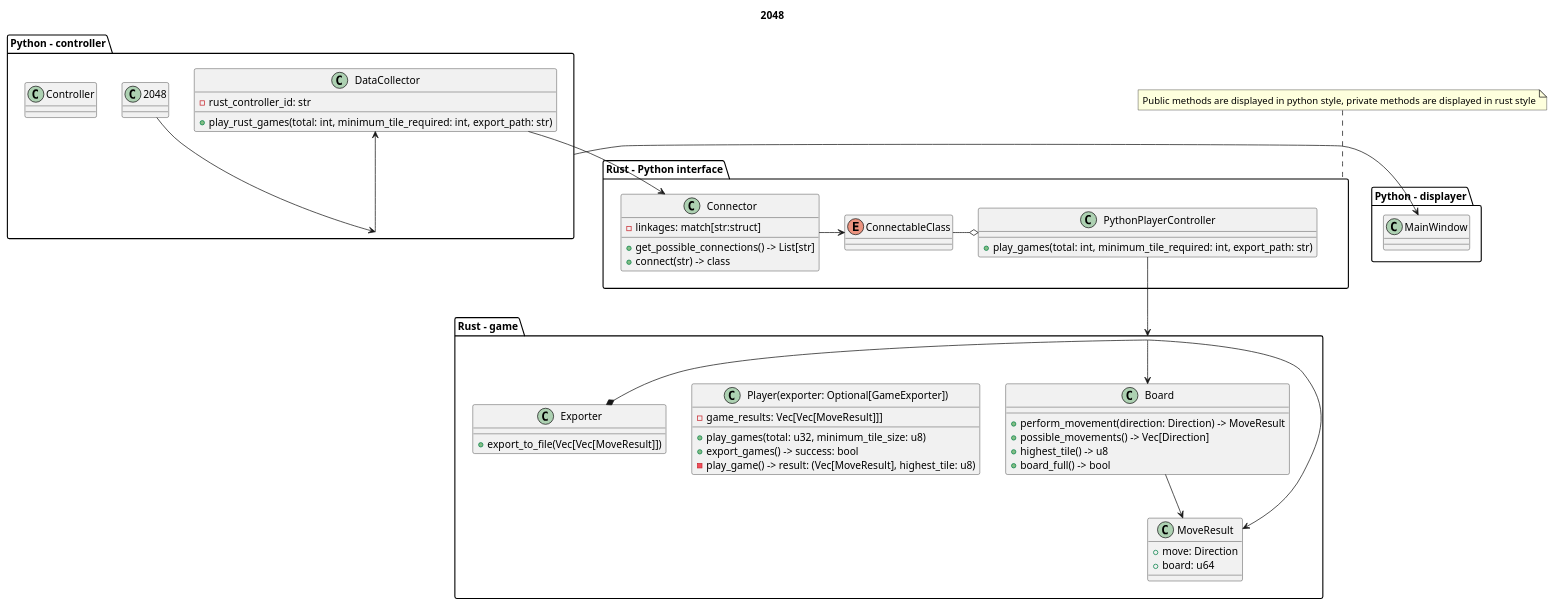
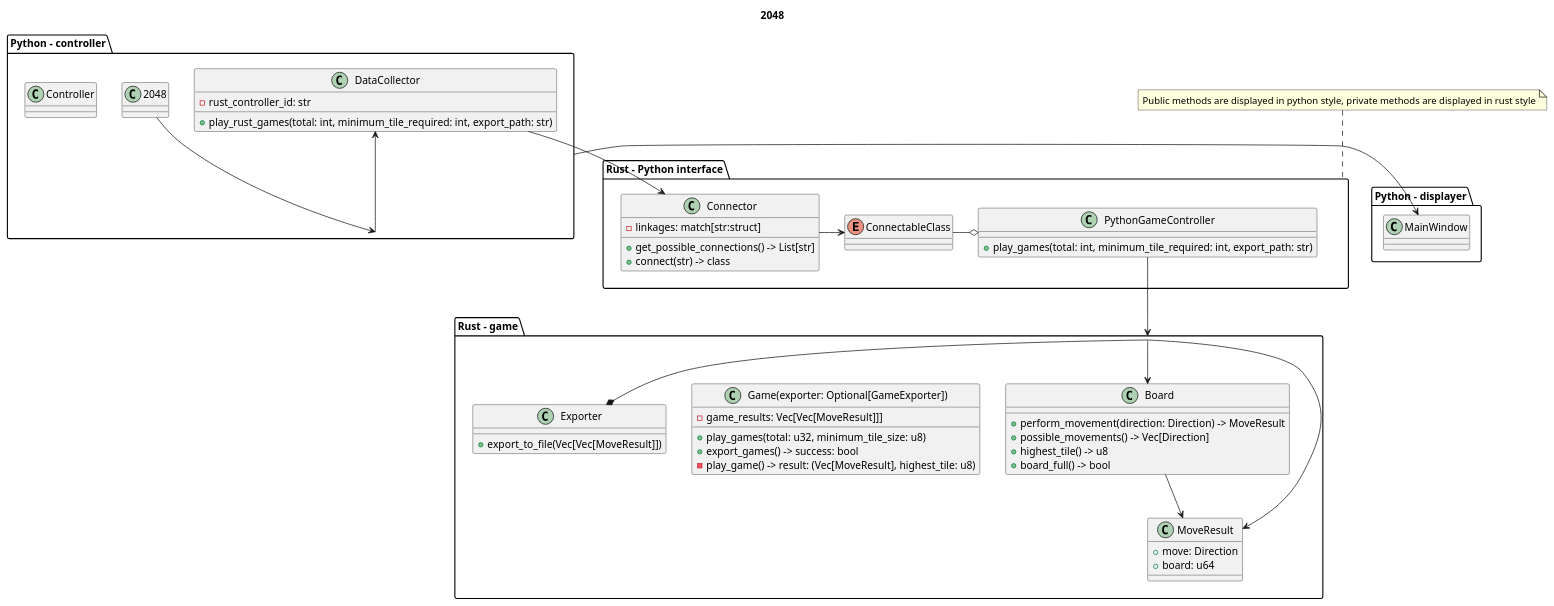
One commit to LuukHenk/2048-Solver changed the diagram in docs/design.puml. Above: the diagram before and after it, drawn with PlantUML. The commit also changed 1 other file, not shown here.

```diff
--- a/docs/design.puml
+++ b/docs/design.puml
@@ -1,80 +1,80 @@
 @startuml 2048
 
 title 2048
 
 package rust_game as "Rust - game" {
 
     class rust_move_result as "MoveResult" {
         + move: Direction
         + board: u64
     }
-    class rust_game as "Player(exporter: Optional[GameExporter])" {
+    class rust_game as "Game(exporter: Optional[GameExporter])" {
         + play_games(total: u32, minimum_tile_size: u8)
         + export_games() -> success: bool
         - play_game() -> result: (Vec[MoveResult], highest_tile: u8)
         - game_results: Vec[Vec[MoveResult]]]
     }
     class rust_board as "Board" {
         + perform_movement(direction: Direction) -> MoveResult
         + possible_movements() -> Vec[Direction]
         + highest_tile() -> u8
         + board_full() -> bool
     }
     class rust_exporter as "Exporter" {
         + export_to_file(Vec[Vec[MoveResult]])
     }
 
 }
 
 rust_board --> rust_move_result
 rust_game -> rust_board
 rust_game --> rust_move_result
 rust_game --* rust_exporter
 
 package rust_python as "Rust - Python interface" {
     enum connectable as "ConnectableClass"
 
     class rust_connector as "Connector" {
         + get_possible_connections() -> List[str]
         + connect(str) -> class
         - linkages: match[str:struct]
     }
 
-    class rust_game_controller as "PythonPlayerController" {
+    class rust_game_controller as "PythonGameController" {
         + play_games(total: int, minimum_tile_required: int, export_path: str)
     }
 }
 
 note top of rust_python
     Public methods are displayed in python style, private methods are displayed in rust style
 endnote
 
 rust_connector -> connectable
 connectable -o rust_game_controller
 rust_game_controller --> rust_game
 
 package py_controller as "Python - controller" {
     class 2048 {
     }
 
     class py_controller as "Controller" {
     }
 
     class py_data_collector as "DataCollector" {
         - rust_controller_id: str
         + play_rust_games(total: int, minimum_tile_required: int, export_path: str)
     }
 }
 
 2048 --> py_controller 
 py_controller -> py_data_collector
 py_data_collector --> rust_connector
 
 package py_displayer as "Python - displayer" {
     class py_main_window as "MainWindow" {
     }
 }
 
 py_controller -> py_main_window
 
 @enduml
```
